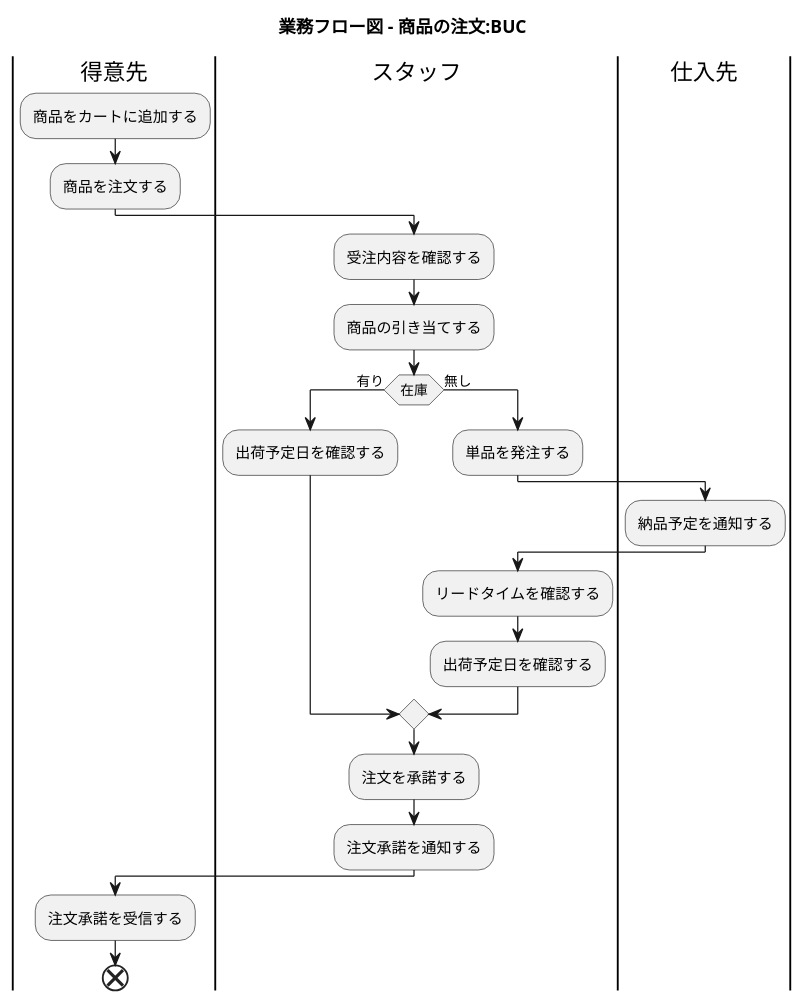
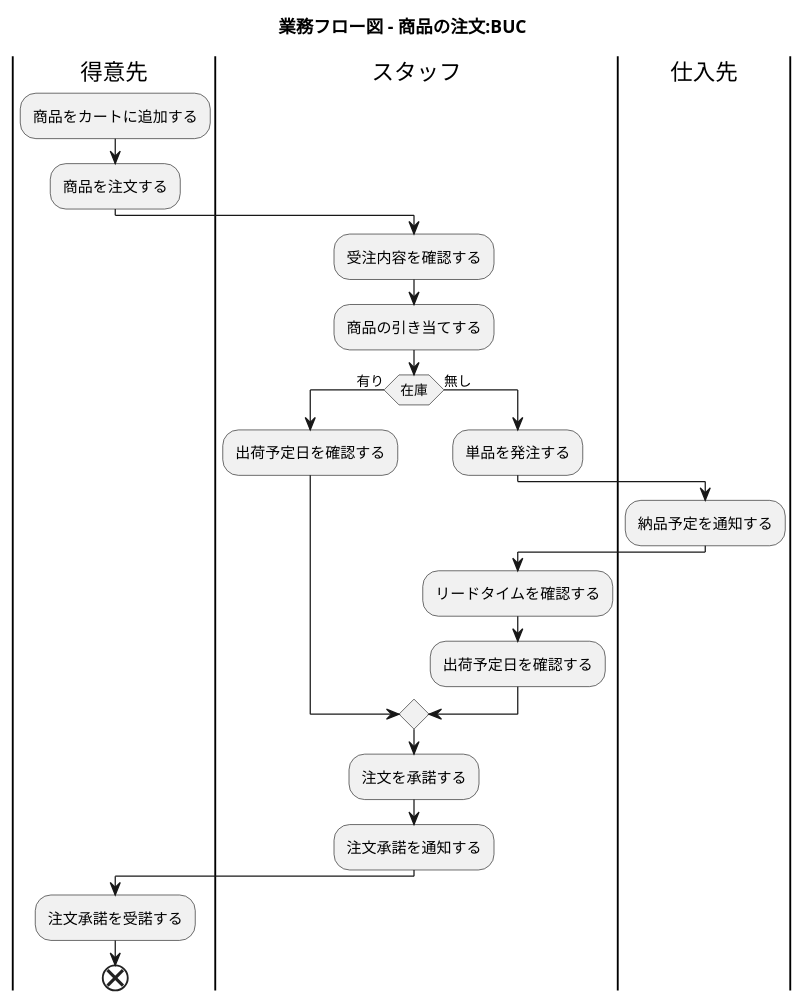
One commit to k2works/application_programing_excercise_2022 changed the ninth of 28 diagrams in docs/index.adoc. Above: the diagram before and after it, drawn with PlantUML. The commit also changed other lines of this file, not shown here.

```diff
--- a/docs/index.adoc
+++ b/docs/index.adoc
@@ -341,33 +341,33 @@
 [plantuml]
 ----
 @startuml
 
 title 業務フロー図 - 商品の注文:BUC
 
 |得意先|
 :商品をカートに追加する;
 :商品を注文する;
 
 |スタッフ|
 :受注内容を確認する;
 :商品の引き当てする;
 if (在庫) then (有り)
  :出荷予定日を確認する;
 else (無し)
  :単品を発注する;
  |仕入先|
  :納品予定を通知する;
  |スタッフ|
  :リードタイムを確認する;
  :出荷予定日を確認する;
 endif
 :注文を承諾する;
 :注文承諾を通知する;
 
 |得意先|
-:注文承諾を受信する;
+:注文承諾を受諾する;
 
 end
 
 @enduml
 ----
```
